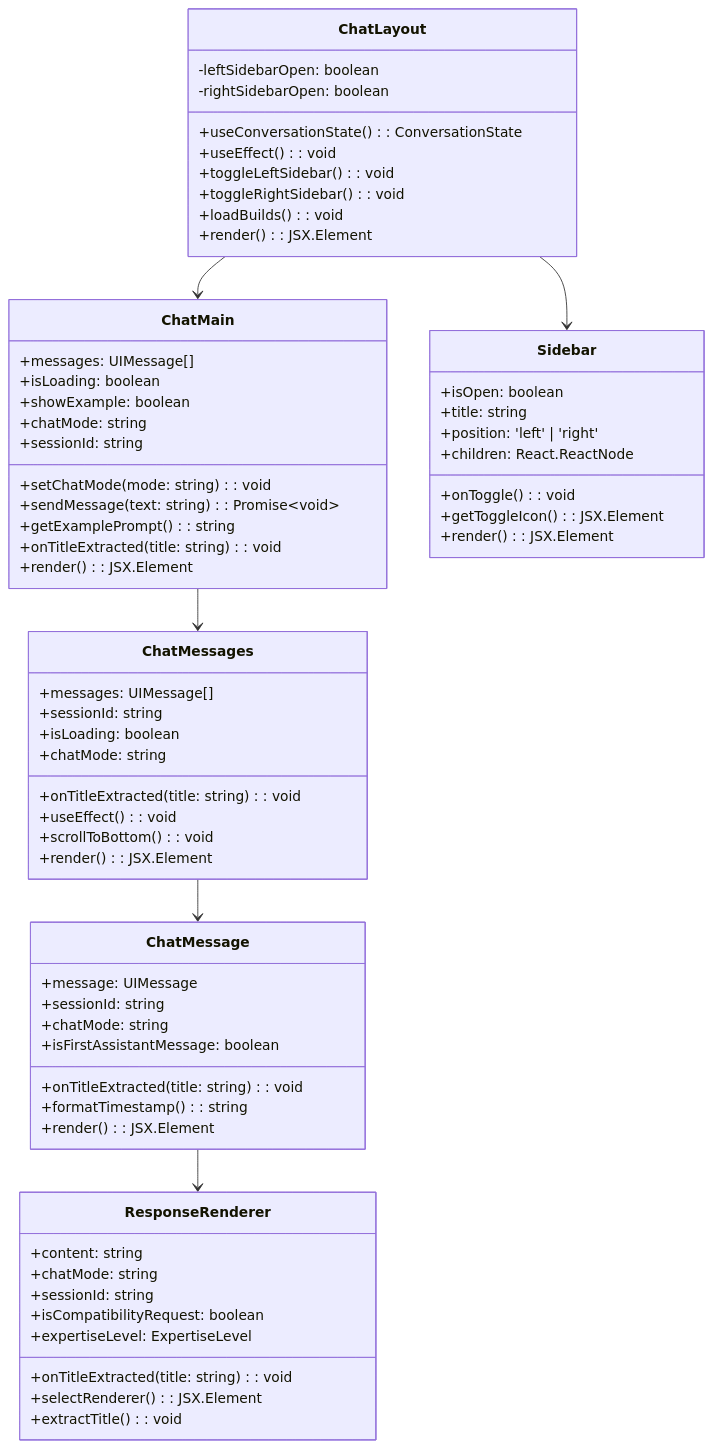
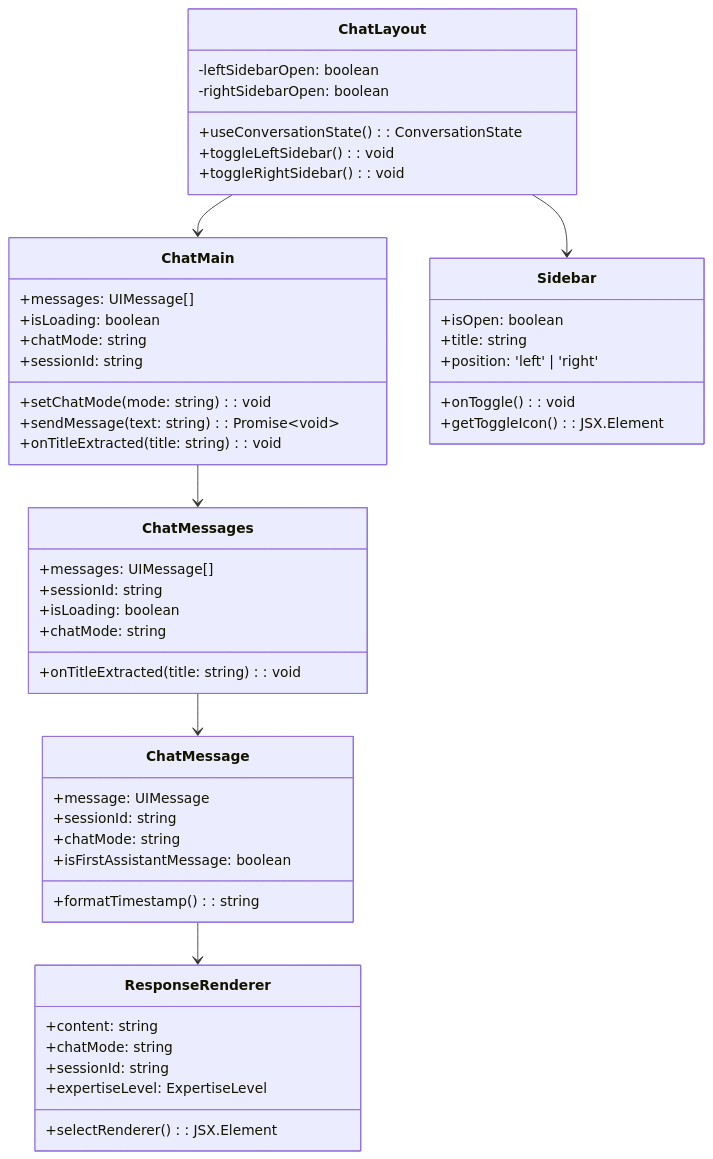
The fifth of 19 diagrams in docs/design-specification.md (p0pular131/askspec-chat-assistant), drawn with Mermaid before and after one commit.

Commit message:
ㅁㅁㄴㅇㄹ

````diff
--- a/docs/design-specification.md
+++ b/docs/design-specification.md
@@ -275,74 +275,58 @@
 ```mermaid
 classDiagram
     class ChatLayout {
         -leftSidebarOpen: boolean
         -rightSidebarOpen: boolean
         +useConversationState(): ConversationState
-        +useEffect(): void
         +toggleLeftSidebar(): void
         +toggleRightSidebar(): void
-        +loadBuilds(): void
-        +render(): JSX.Element
     }
 
     class ChatMain {
         +messages: UIMessage[]
         +isLoading: boolean
-        +showExample: boolean
         +chatMode: string
         +setChatMode(mode: string): void
         +sendMessage(text: string): Promise~void~
-        +getExamplePrompt(): string
         +sessionId: string
         +onTitleExtracted(title: string): void
-        +render(): JSX.Element
     }
 
     class ChatMessages {
         +messages: UIMessage[]
         +sessionId: string
         +isLoading: boolean
         +chatMode: string
         +onTitleExtracted(title: string): void
-        +useEffect(): void
-        +scrollToBottom(): void
-        +render(): JSX.Element
     }
 
     class ChatMessage {
         +message: UIMessage
         +sessionId: string
         +chatMode: string
-        +onTitleExtracted(title: string): void
         +isFirstAssistantMessage: boolean
         +formatTimestamp(): string
-        +render(): JSX.Element
     }
 
     class Sidebar {
         +isOpen: boolean
         +onToggle(): void
         +title: string
         +position: 'left' | 'right'
-        +children: React.ReactNode
         +getToggleIcon(): JSX.Element
-        +render(): JSX.Element
     }
 
     class ResponseRenderer {
         +content: string
         +chatMode: string
         +sessionId: string
-        +isCompatibilityRequest: boolean
         +expertiseLevel: ExpertiseLevel
-        +onTitleExtracted(title: string): void
         +selectRenderer(): JSX.Element
-        +extractTitle(): void
     }
 
     ChatLayout --> ChatMain
     ChatLayout --> Sidebar
     ChatMain --> ChatMessages
     ChatMessages --> ChatMessage
     ChatMessage --> ResponseRenderer
 ```
````
